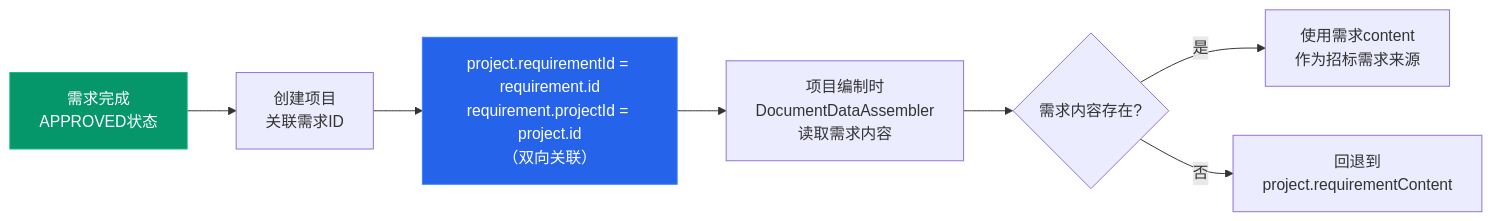
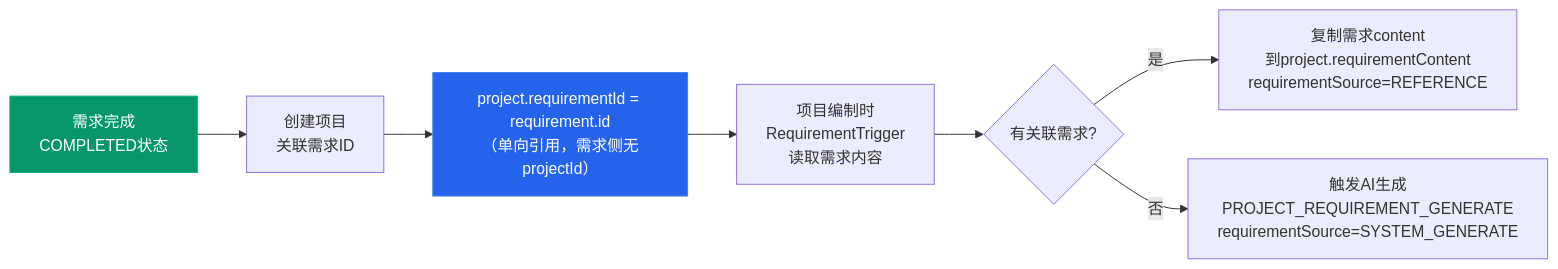
Before and after one commit to DrunkFood/First: the ninth of 20 diagrams in docs/projects/业务需求编制到招标文件完成-业务流程梳理.md, drawn with Mermaid. The commit also changed other lines of this file and 30 other files, not shown here.

````diff
--- a/docs/projects/业务需求编制到招标文件完成-业务流程梳理.md
+++ b/docs/projects/业务需求编制到招标文件完成-业务流程梳理.md
@@ -387,13 +387,13 @@
 ```mermaid
 flowchart LR
-    A["需求完成<br/>APPROVED状态"] --> B["创建项目<br/>关联需求ID"]
-    B --> C["project.requirementId = requirement.id<br/>requirement.projectId = project.id<br/>（双向关联）"]
+    A["需求完成<br/>COMPLETED状态"] --> B["创建项目<br/>关联需求ID"]
+    B --> C["project.requirementId = requirement.id<br/>（单向引用，需求侧无projectId）"]
 
-    C --> D["项目编制时<br/>DocumentDataAssembler<br/>读取需求内容"]
-    D --> E{需求内容存在?}
-    E -->|是| F["使用需求content<br/>作为招标需求来源"]
-    E -->|否| G["回退到<br/>project.requirementContent"]
+    C --> D["项目编制时<br/>RequirementTrigger<br/>读取需求内容"]
+    D --> E{有关联需求?}
+    E -->|是| F["复制需求content<br/>到project.requirementContent<br/>requirementSource=REFERENCE"]
+    E -->|否| G["触发AI生成<br/>PROJECT_REQUIREMENT_GENERATE<br/>requirementSource=SYSTEM_GENERATE"]
 
     style A fill:#059669,stroke:#10b981,color:#fff
     style C fill:#2563eb,stroke:#3b82f6,color:#fff
 ```
````
